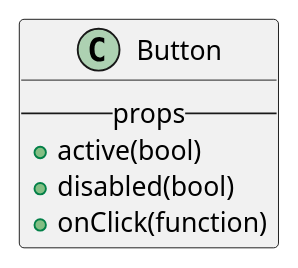
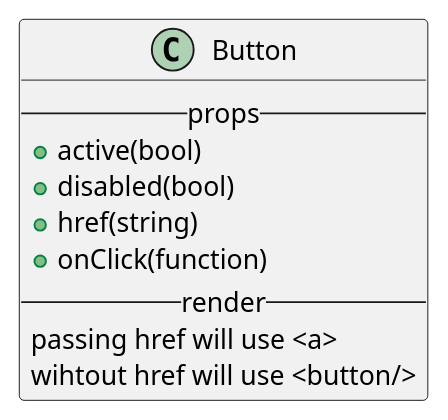
The diagram in react/bootstrap/button.iuml (M9k/Marvin-Uml), drawn with PlantUML before and after one commit. The commit also changed 14 other files, not shown here.

```diff
--- a/react/bootstrap/button.iuml
+++ b/react/bootstrap/button.iuml
@@ -1,7 +1,11 @@
 class Button{
   --props--
   + active(bool)
   + disabled(bool)
+  + href(string)
   + onClick(function)
+  --render--
+  passing href will use <a>
+  wihtout href will use <button/>
 }
 /'Questa è una prova 3'/
```
